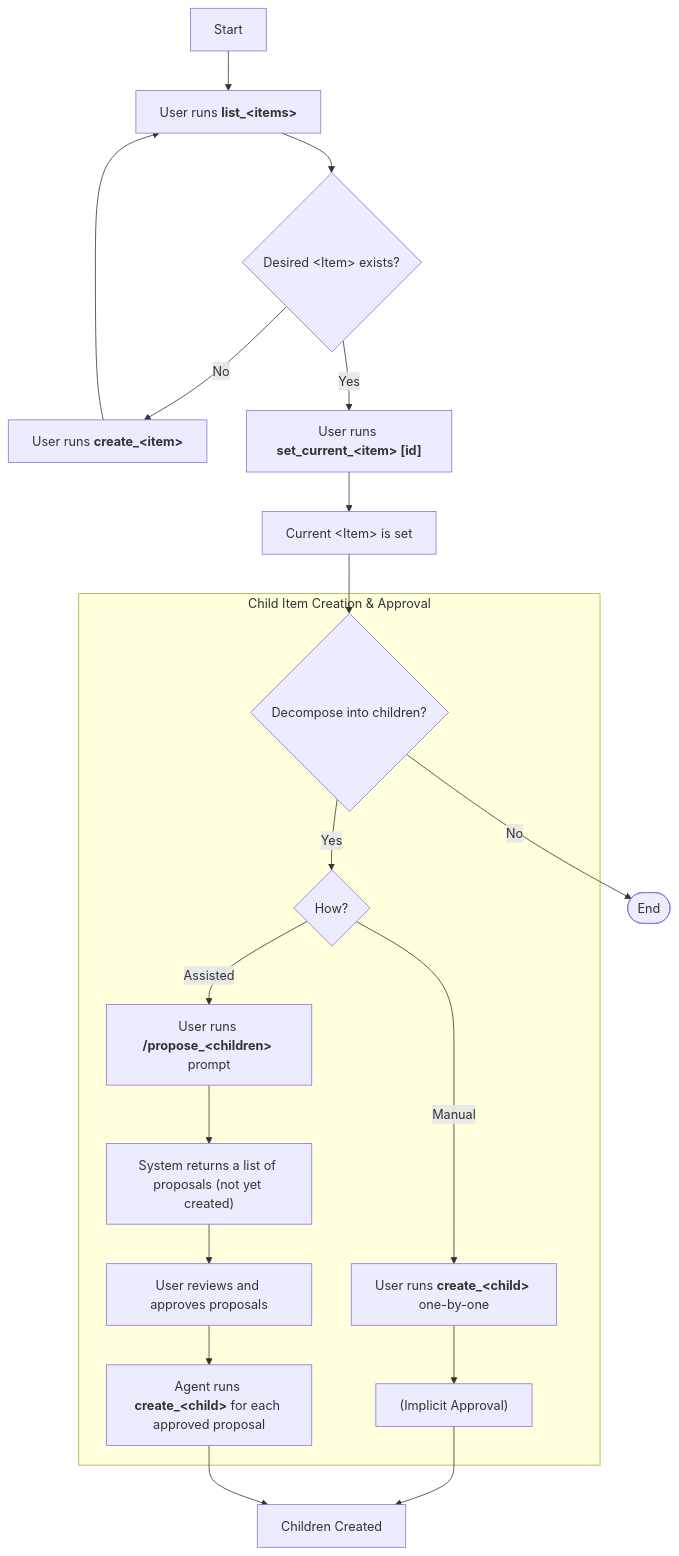
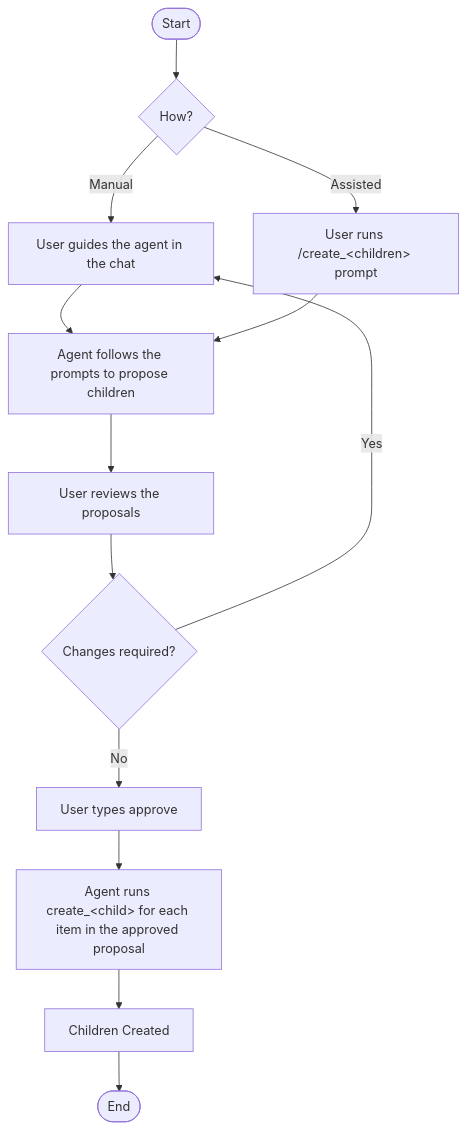
Before and after one commit to sgrade/plan-manager: the second of 3 diagrams in docs/project_workflow.md, drawn with Mermaid. The commit also changed other lines of this file and 3 other files, not shown here.

Commit message:
refactor: align task pre-execution workflow with assisted children creation

````diff
--- a/docs/project_workflow.md
+++ b/docs/project_workflow.md
@@ -11,27 +44,14 @@
 ```mermaid
 graph TD
-    A[Start] --> B["User runs <strong>list_&lt;items&gt;</strong>"];
-    B --> C{Desired &lt;Item&gt; exists?};
-    C -- No --> D["User runs <strong>create_&lt;item&gt;</strong>"];
-    D --> B;
-    C -- Yes --> E["User runs <strong>set_current_&lt;item&gt; [id]</strong>"];
-    E --> F["Current &lt;Item&gt; is set"];
-    
-    F --> G{Decompose into children?};
-    G -- No --> Z([End]);
-    
-    subgraph "Child Item Creation & Approval"
-      G -- Yes --> H{How?};
-      
-      H -- Manual --> I["User runs <strong>create_&lt;child&gt;</strong> one-by-one"];
-      I --> I_approve["(Implicit Approval)"];
-
-      H -- Assisted --> J["User runs <strong>/propose_&lt;children&gt;</strong> prompt"];
-      J --> K["System returns a list of proposals (not yet created)"];
-      K --> L["User reviews and approves proposals"];
-      L --> M["Agent runs <strong>create_&lt;child&gt;</strong> for each approved proposal"];
-    end
-
-    I_approve --> N[Children Created];
-    M --> N;
+    A([Start]) --> B{How?};
+    B -- Manual --> C[User guides the agent in the chat] --> E;
+    B -- Assisted --> D["User runs /create_&lt;children&gt; prompt"] --> E;
+    E["Agent follows the prompts to propose children"];
+    E --> F["User reviews the proposals"];
+    F --> G{"Changes required?"};
+    G -- Yes --> C;
+    G -- No --> H["User types approve"] --> I;
+    I["Agent runs create_&lt;child&gt; for each item in the approved proposal"];
+    I --> J[Children Created];
+    J --> L([End]);
 ```
````
